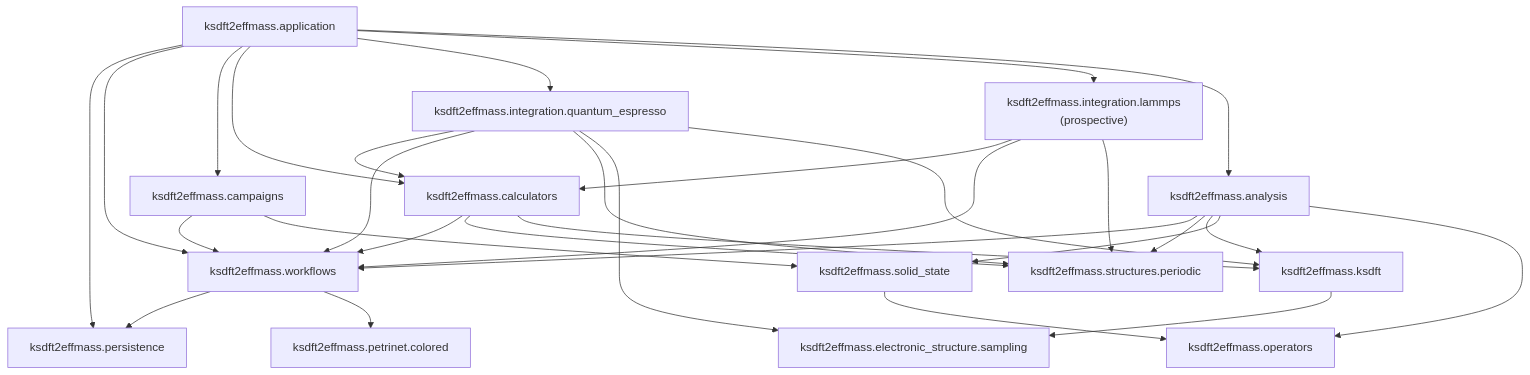
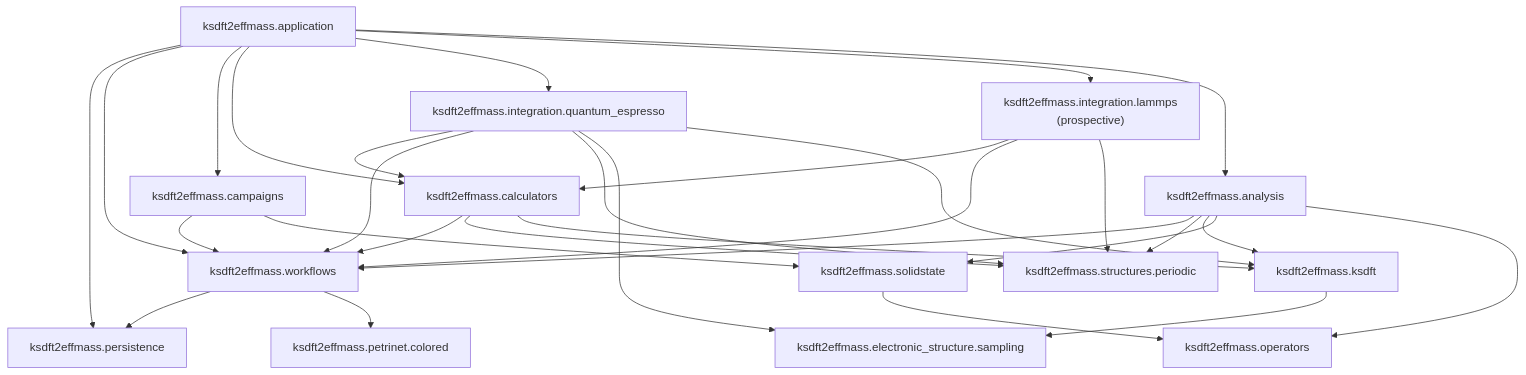
Before and after one commit to eragasa/ksdft2effmass: the diagram in docs/architecture/v2/index.md, drawn with Mermaid. The commit also changed other lines of this file and 506 other files, not shown here.

````diff
--- a/docs/architecture/v2/index.md
+++ b/docs/architecture/v2/index.md
@@ -7,47 +7,47 @@
 ```mermaid
 flowchart TB
     application["ksdft2effmass.application"]
     persistence["ksdft2effmass.persistence"]
     workflows["ksdft2effmass.workflows"]
     petrinet["ksdft2effmass.petrinet.colored"]
     campaigns["ksdft2effmass.campaigns"]
     calculators["ksdft2effmass.calculators"]
     qe_integration["ksdft2effmass.integration.quantum_espresso"]
     lammps_integration["ksdft2effmass.integration.lammps<br/>(prospective)"]
     structures["ksdft2effmass.structures.periodic"]
     sampling["ksdft2effmass.electronic_structure.sampling"]
     ksdft["ksdft2effmass.ksdft"]
     operators["ksdft2effmass.operators"]
-    solid_state["ksdft2effmass.solid_state"]
+    solid_state["ksdft2effmass.solidstate"]
     analysis["ksdft2effmass.analysis"]
 
     application --> persistence
     application --> workflows
     workflows --> persistence
     application --> campaigns
     application --> calculators
     application --> qe_integration
     application --> lammps_integration
     application --> analysis
     campaigns --> workflows
     calculators --> workflows
     workflows --> petrinet
     qe_integration --> calculators
     qe_integration --> workflows
     qe_integration --> structures
     qe_integration --> sampling
     qe_integration --> ksdft
     lammps_integration --> calculators
     lammps_integration --> workflows
     lammps_integration --> structures
     calculators --> structures
     calculators --> ksdft
     analysis --> workflows
     analysis --> structures
     analysis --> ksdft
     ksdft --> sampling
     solid_state --> operators
     analysis --> solid_state
     analysis --> operators
     campaigns --> solid_state
 ```
````
